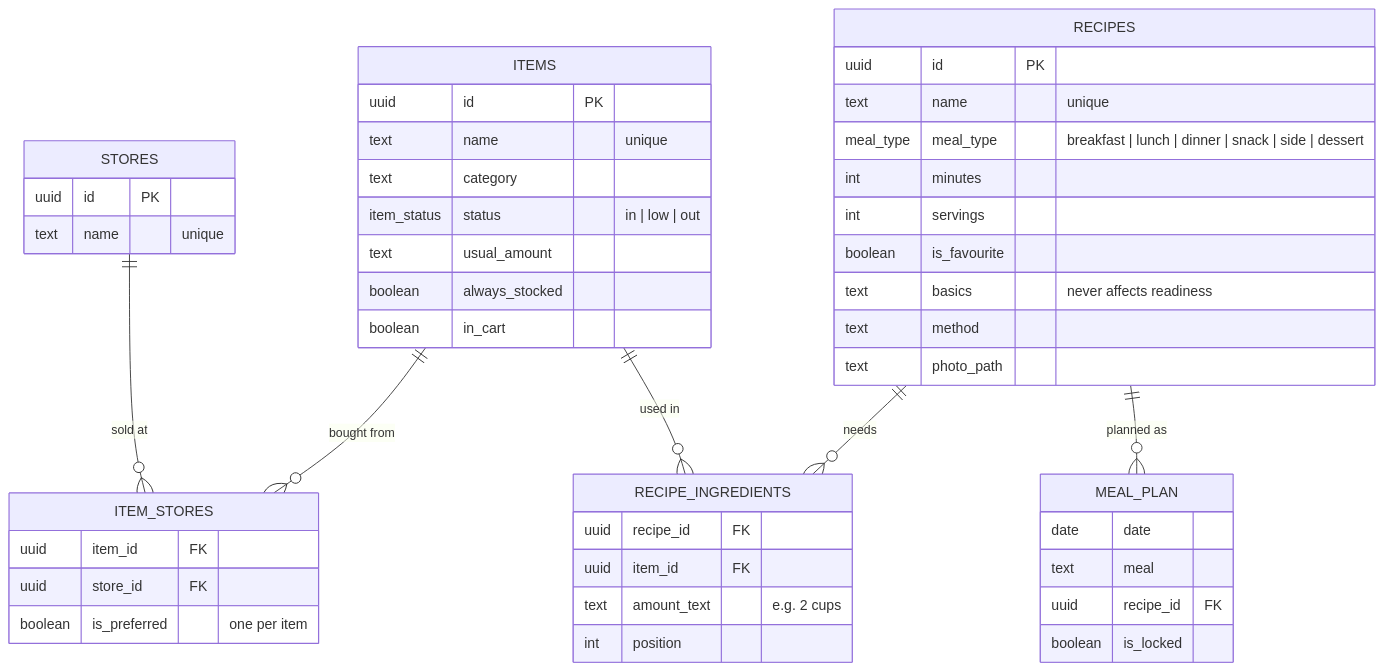
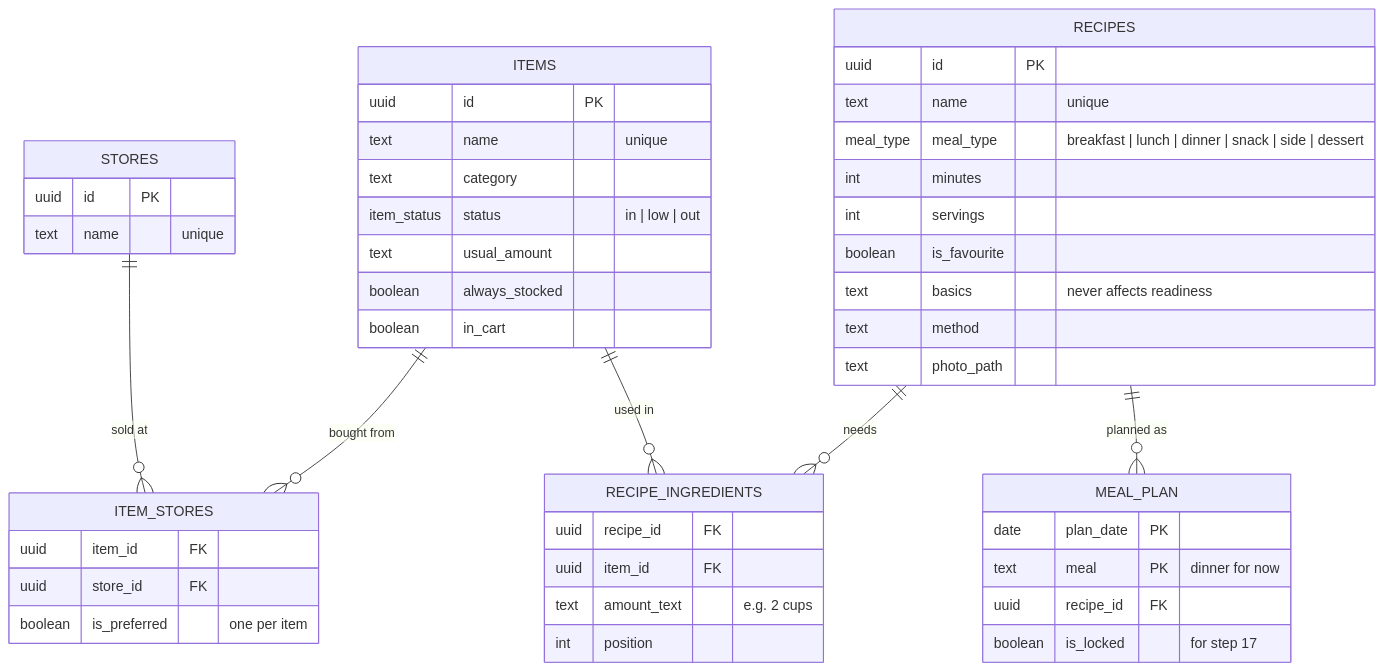
The diagram in docs/BUILD_PLAN.md (beegee123/pantry-app), drawn with Mermaid before and after one commit. The commit also changed other lines of this file and 1 other file, not shown here.

First line of the commit message:
Step 14: Meal plan table

````diff
--- a/docs/BUILD_PLAN.md
+++ b/docs/BUILD_PLAN.md
@@ -122,50 +124,50 @@
 ```mermaid
 erDiagram
     STORES ||--o{ ITEM_STORES : "sold at"
     ITEMS ||--o{ ITEM_STORES : "bought from"
     ITEMS ||--o{ RECIPE_INGREDIENTS : "used in"
     RECIPES ||--o{ RECIPE_INGREDIENTS : "needs"
     RECIPES ||--o{ MEAL_PLAN : "planned as"
 
     STORES {
         uuid id PK
         text name "unique"
     }
     ITEMS {
         uuid id PK
         text name "unique"
         text category
         item_status status "in | low | out"
         text usual_amount
         boolean always_stocked
         boolean in_cart
     }
     ITEM_STORES {
         uuid item_id FK
         uuid store_id FK
         boolean is_preferred "one per item"
     }
     RECIPES {
         uuid id PK
         text name "unique"
         meal_type meal_type "breakfast | lunch | dinner | snack | side | dessert"
         int minutes
         int servings
         boolean is_favourite
         text basics "never affects readiness"
         text method
         text photo_path
     }
     RECIPE_INGREDIENTS {
         uuid recipe_id FK
         uuid item_id FK
         text amount_text "e.g. 2 cups"
         int position
     }
     MEAL_PLAN {
-        date date
-        text meal
+        date plan_date PK
+        text meal PK "dinner for now"
         uuid recipe_id FK
-        boolean is_locked
+        boolean is_locked "for step 17"
     }
 ```
````
